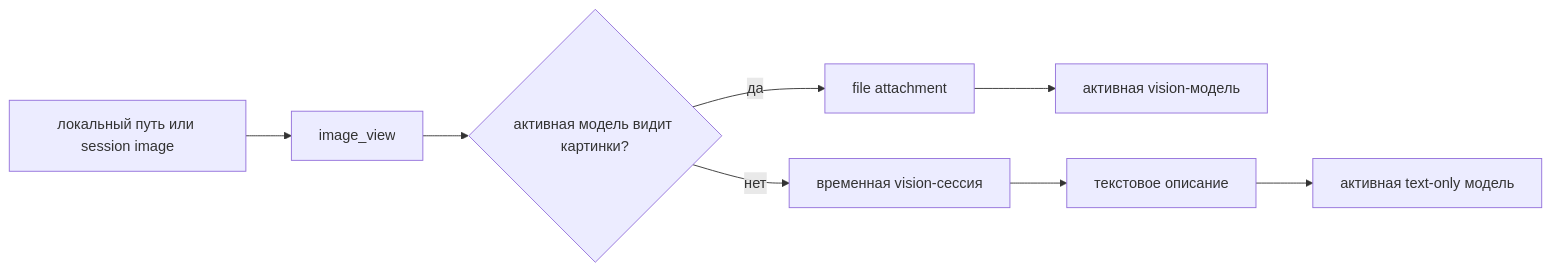
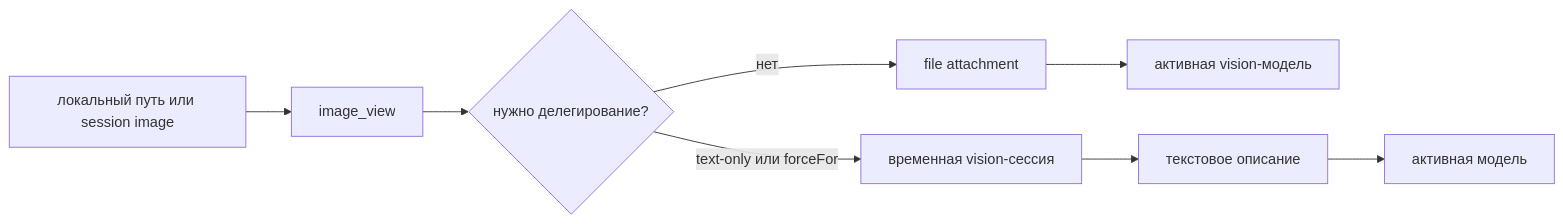
One commit to Krablante/opencode-see changed the diagram in README.ru.md. Above: the diagram before and after it, drawn with Mermaid. The commit also changed other lines of this file and 13 other files, not shown here.

````diff
--- a/README.ru.md
+++ b/README.ru.md
@@ -53,10 +55,10 @@
 ```mermaid
 flowchart LR
   P[локальный путь или session image] --> T[image_view]
-  T --> C{активная модель видит картинки?}
-  C -->|да| A[file attachment]
+  T --> C{нужно делегирование?}
+  C -->|нет| A[file attachment]
   A --> M[активная vision-модель]
-  C -->|нет| D[временная vision-сессия]
+  C -->|text-only или forceFor| D[временная vision-сессия]
   D --> X[текстовое описание]
-  X --> N[активная text-only модель]
+  X --> N[активная модель]
 ```
````
